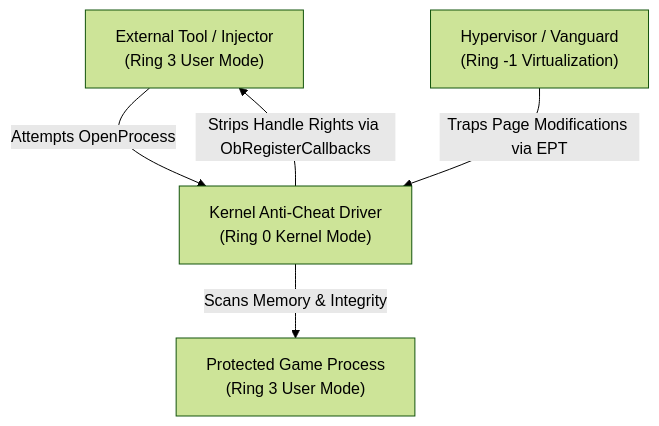
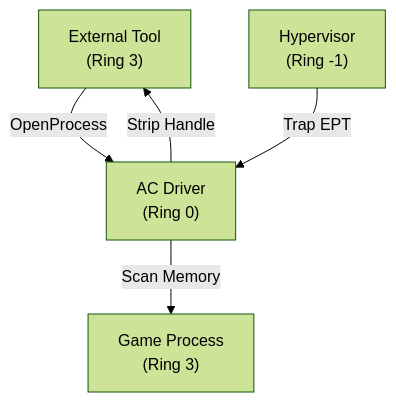
One commit to DaddyZyn/Cyber-security-notes changed the first of 2 diagrams in topics/23-anti-cheat-architecture-and-kernel-defense/README.md. Above: the diagram before and after it, drawn with Mermaid (forest theme). The commit also changed other lines of this file and 7 other files, not shown here.

Commit message:
fix: reformat all diagrams in modules 20-27 with ultra-short line wrapping to prevent GitHub SVG text clipping

````diff
--- a/topics/23-anti-cheat-architecture-and-kernel-defense/README.md
+++ b/topics/23-anti-cheat-architecture-and-kernel-defense/README.md
@@ -31,12 +31,12 @@
 ```mermaid
 flowchart TD
-    App["External Tool / Injector<br/>(Ring 3 User Mode)"]
-    Game["Protected Game Process<br/>(Ring 3 User Mode)"]
-    Driver["Kernel Anti-Cheat Driver<br/>(Ring 0 Kernel Mode)"]
-    Hypervisor["Hypervisor / Vanguard<br/>(Ring -1 Virtualization)"]
+    App["External Tool<br/>(Ring 3)"]
+    Game["Game Process<br/>(Ring 3)"]
+    Driver["AC Driver<br/>(Ring 0)"]
+    Hypervisor["Hypervisor<br/>(Ring -1)"]
 
-    App -->|Attempts OpenProcess| Driver
-    Driver -->|Strips Handle Rights via ObRegisterCallbacks| App
-    Driver -->|Scans Memory & Integrity| Game
-    Hypervisor -->|Traps Page Modifications via EPT| Driver
+    App -->|OpenProcess| Driver
+    Driver -->|Strip Handle| App
+    Driver -->|Scan Memory| Game
+    Hypervisor -->|Trap EPT| Driver
 ```
````
